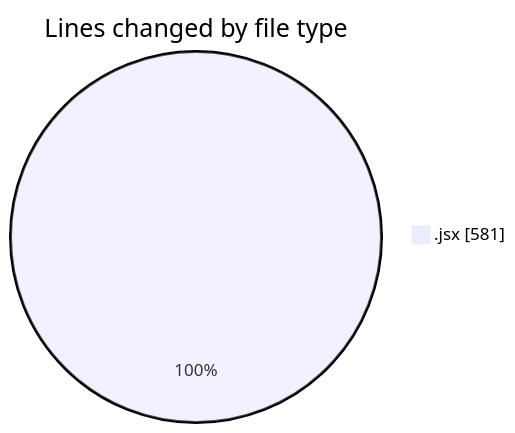
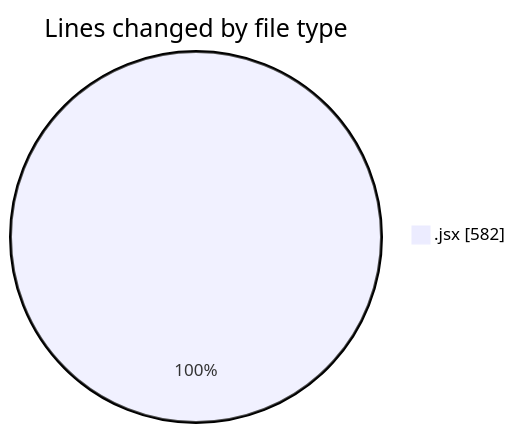
One commit to nxtqubesakshisongat/code-tracking changed the first of 2 diagrams in 2025-11-13/argos/README.md. Above: the diagram before and after it, drawn with Mermaid. The commit also changed other lines of this file and 1 other file, not shown here.

````diff
--- a/2025-11-13/argos/README.md
+++ b/2025-11-13/argos/README.md
@@ -21,5 +21,5 @@
 ```mermaid
 pie showData
 title Lines changed by file type
-".jsx" : 581
+".jsx" : 582
 ```
````
